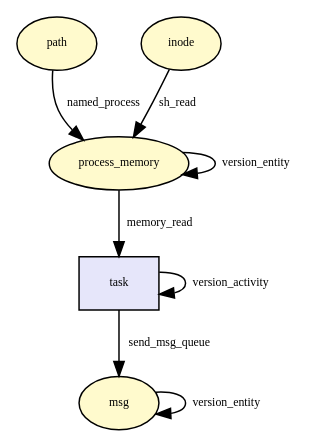
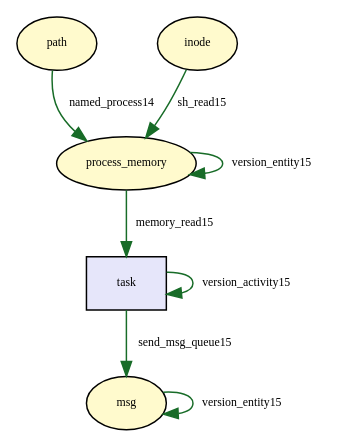
The diagram in tmp/provenance_msg_queue_msgsnd.dot (TinkerBellSystem/graph-matching), drawn with Graphviz before and after one commit. The commit also changed 64 other files, not shown here.

Commit message:
drawing graph. not great

```diff
--- a/tmp/provenance_msg_queue_msgsnd.dot
+++ b/tmp/provenance_msg_queue_msgsnd.dot
@@ -1,25 +1,25 @@
 digraph RGL__DirectedAdjacencyGraph {path[fontsize = 8,label = "path",shape = ellipse, fillcolor="#fffacd", style = filled]
 
 process_memory[fontsize = 8,label = "process_memory",shape = ellipse, fillcolor="#fffacd", style = filled]
 
-path -> process_memory[fontsize = 8,label = "named_process"]
+path -> process_memory[fontsize = 8,label = "named_process14", color="#186c28"]
+
+process_memory -> process_memory[fontsize = 8,label = "version_entity15", color="#186c28"]
+
+inode[fontsize = 8,label = "inode",shape = ellipse, fillcolor="#fffacd", style = filled]
+
+inode -> process_memory[fontsize = 8,label = "sh_read15", color="#186c28"]
 
 task[fontsize = 8,label = "task",shape = rectangle, fillcolor="#e6e6fa", style = filled]
 
-process_memory -> task[fontsize = 8,label = "memory_read"]
+task -> task[fontsize = 8,label = "version_activity15", color="#186c28"]
+
+process_memory -> task[fontsize = 8,label = "memory_read15", color="#186c28"]
 
 msg[fontsize = 8,label = "msg",shape = ellipse, fillcolor="#fffacd", style = filled]
 
-task -> msg[fontsize = 8,label = "send_msg_queue"]
+msg -> msg[fontsize = 8,label = "version_entity15", color="#186c28"]
 
-task -> task[fontsize = 8,label = "version_activity"]
-
-msg -> msg[fontsize = 8,label = "version_entity"]
-
-inode[fontsize = 8,label = "inode",shape = ellipse, fillcolor="#fffacd", style = filled]
-
-inode -> process_memory[fontsize = 8,label = "sh_read"]
-
-process_memory -> process_memory[fontsize = 8,label = "version_entity"]
+task -> msg[fontsize = 8,label = "send_msg_queue15", color="#186c28"]
 
 }
```
